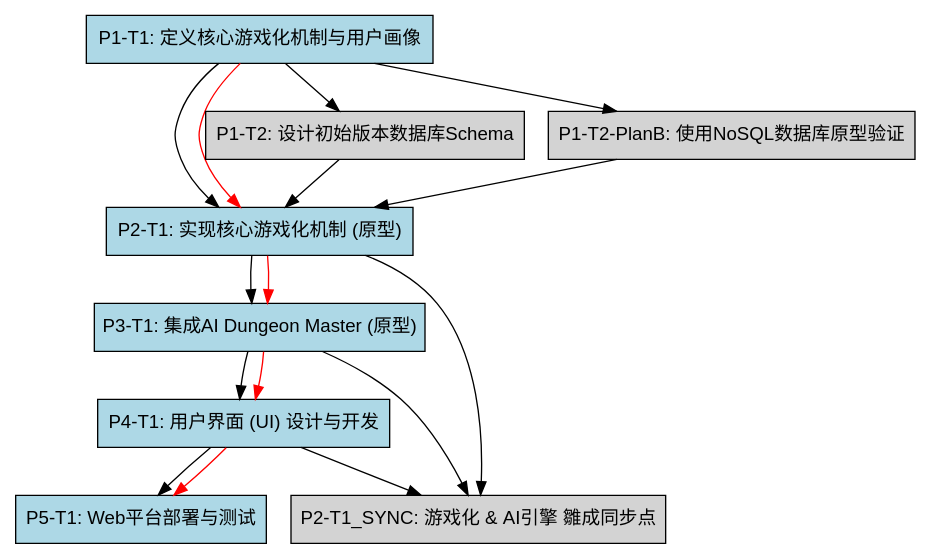
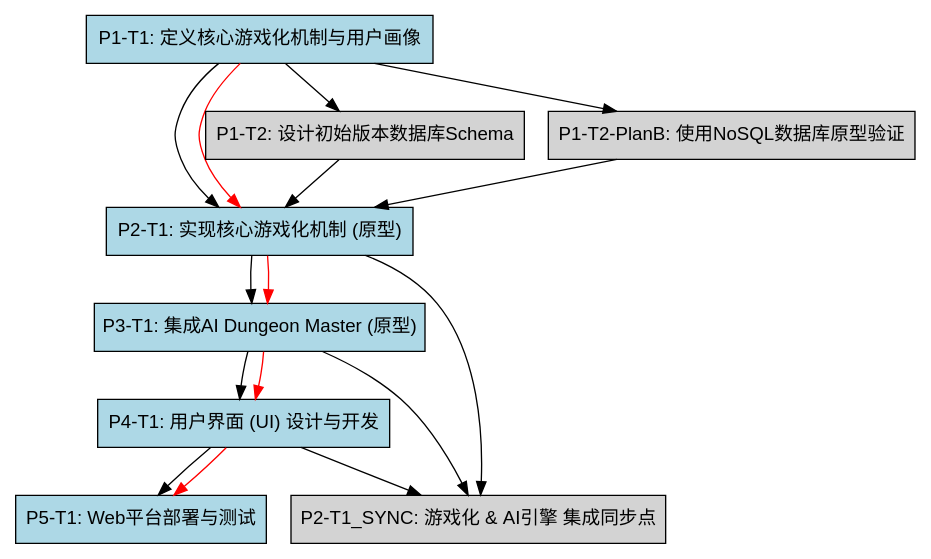
Before and after one commit to adam4chen/AI-Gamified-Growth-Platform: the diagram in Design/PRDtask.dot, drawn with Graphviz. The commit also changed 7 other files, not shown here.

```diff
--- a/Design/PRDtask.dot
+++ b/Design/PRDtask.dot
@@ -1,40 +1,40 @@
 digraph Taskline {
     rankdir=TB;
     node [shape=box, style=filled, fillcolor=lightgray, fontname="Arial"];
 
     // 关键路径节点
     node [fillcolor=lightblue];
     "P1-T1" [label="P1-T1: 定义核心游戏化机制与用户画像"];
     "P2-T1" [label="P2-T1: 实现核心游戏化机制 (原型)"];
     "P3-T1" [label="P3-T1: 集成AI Dungeon Master (原型)"];
     "P4-T1" [label="P4-T1: 用户界面 (UI) 设计与开发"];
     "P5-T1" [label="P5-T1: Web平台部署与测试"];
 
     // 非关键路径节点
     node [fillcolor=lightgray];
     "P1-T2" [label="P1-T2: 设计初始版本数据库Schema"];
     "P1-T2-PlanB" [label="P1-T2-PlanB: 使用NoSQL数据库原型验证"];
-    "P2-T1_SYNC" [label="P2-T1_SYNC: 游戏化 & AI引擎 雛成同步点"];
+    "P2-T1_SYNC" [label="P2-T1_SYNC: 游戏化 & AI引擎 集成同步点"];
 
     // 关键路径依赖关系
     "P1-T1" -> "P2-T1";
     "P2-T1" -> "P3-T1";
     "P3-T1" -> "P4-T1";
     "P4-T1" -> "P5-T1";
 
     // 非关键路径依赖关系
     "P1-T1" -> "P1-T2";
     "P1-T2" -> "P2-T1";
     "P1-T1" -> "P1-T2-PlanB";
     "P1-T2-PlanB" -> "P2-T1";
     "P2-T1" -> "P2-T1_SYNC";
     "P3-T1" -> "P2-T1_SYNC";
     "P4-T1" -> "P2-T1_SYNC";
 
     // 关键路径高亮
     edge [color=red];
     "P1-T1" -> "P2-T1";
     "P2-T1" -> "P3-T1";
     "P3-T1" -> "P4-T1";
     "P4-T1" -> "P5-T1";
 }
```
